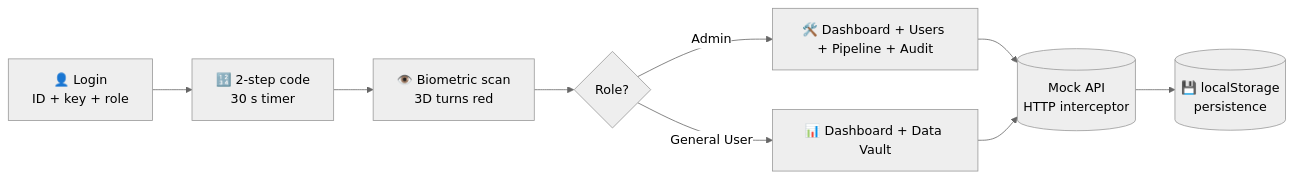
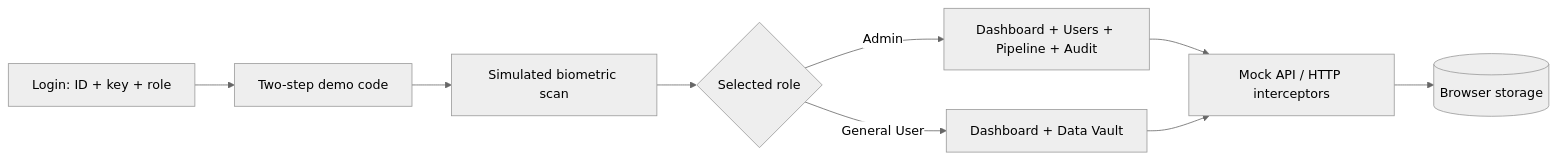
Before and after one commit to saivaibhavtamiri1306/TrustVault-Core-Software-Intern-position-at-NSQTech-Private-Limited-: the first of 2 diagrams in README.md, drawn with Mermaid (neutral theme). The commit also changed other lines of this file, not shown here.

````diff
--- a/README.md
+++ b/README.md
@@ -90,11 +135,11 @@
 ```mermaid
 flowchart LR
-    A[👤 Login<br/>ID + key + role] --> B[🔢 2-step code<br/>30 s timer]
-    B --> C[👁️ Biometric scan<br/>3D turns red]
-    C --> D{Role?}
-    D -->|Admin| E[🛠️ Dashboard + Users + Pipeline + Audit]
-    D -->|General User| F[📊 Dashboard + Data Vault]
-    E --> G[(Mock API<br/>HTTP interceptor)]
+    A["Login: ID + key + role"] --> B["Two-step demo code"]
+    B --> C["Simulated biometric scan"]
+    C --> D{"Selected role"}
+    D -->|Admin| E["Dashboard + Users + Pipeline + Audit"]
+    D -->|General User| F["Dashboard + Data Vault"]
+    E --> G["Mock API / HTTP interceptors"]
     F --> G
-    G --> H[(💾 localStorage<br/>persistence)]
+    G --> H[("Browser storage")]
 ```
````
